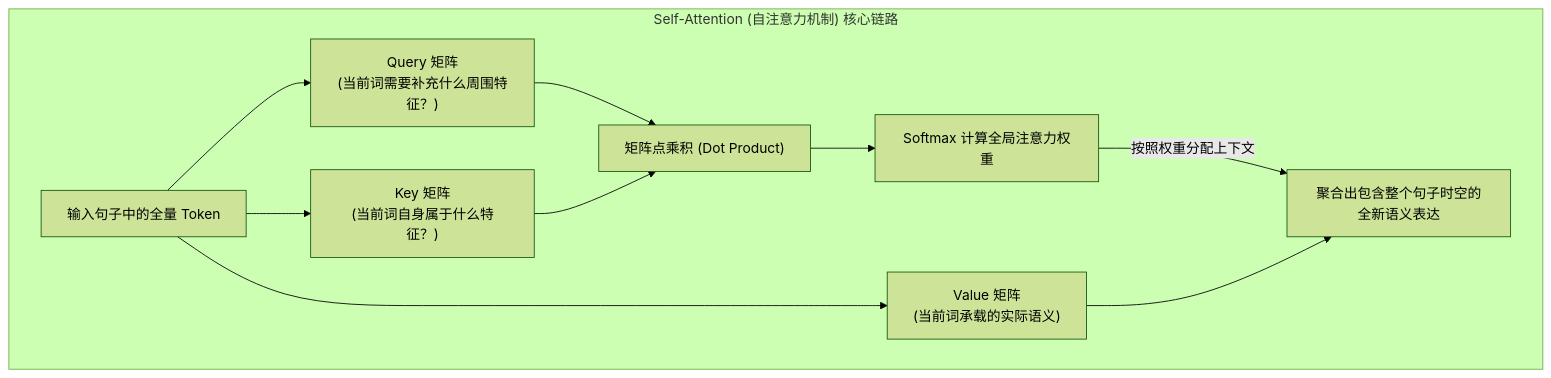
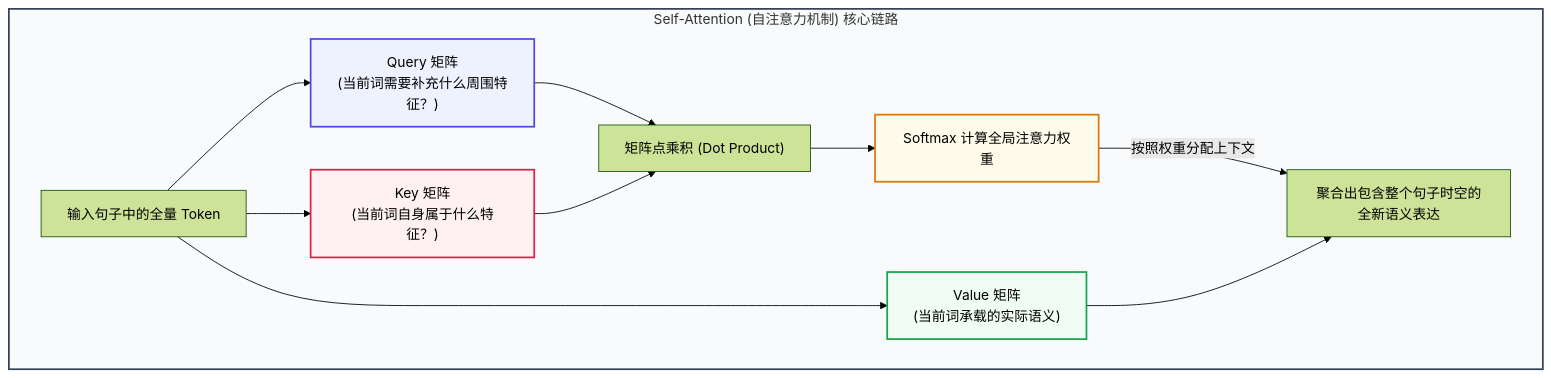
The fifth of 15 diagrams in doc/AI_Knowledge_Roadmap.md (wangchong2023/lang-chain-graph), drawn with Mermaid (forest theme) before and after one commit. The commit also changed other lines of this file, not shown here.

Commit message:
docs: update AI knowledge roadmap with new learning milestones

````diff
--- a/doc/AI_Knowledge_Roadmap.md
+++ b/doc/AI_Knowledge_Roadmap.md
@@ -209,15 +209,20 @@
    ```mermaid
    graph TD
        subgraph Transformer_Self_Attention ["Self-Attention (自注意力机制) 核心链路"]
            X["输入句子中的全量 Token"] --> Q["Query 矩阵<br>(当前词需要补充什么周围特征？)"]
            X --> K["Key 矩阵<br>(当前词自身属于什么特征？)"]
            X --> V["Value 矩阵<br>(当前词承载的实际语义)"]
            
            Q --> Dot["矩阵点乘积 (Dot Product)"]
            K --> Dot
            
            Dot --> Softmax["Softmax 计算全局注意力权重"]
            Softmax -- "按照权重分配上下文" --> Sum["聚合出包含整个句子时空的全新语义表达"]
            V --> Sum
        end
+    style Transformer_Self_Attention fill:#f8fafc,stroke:#334155,stroke-width:2px
+    style Q fill:#eef2ff,stroke:#4f46e5,stroke-width:2px
+    style K fill:#fff1f2,stroke:#e11d48,stroke-width:2px
+    style V fill:#f0fdf4,stroke:#16a34a,stroke-width:2px
+    style Softmax fill:#fffbeb,stroke:#d97706,stroke-width:2px
    ```
````
